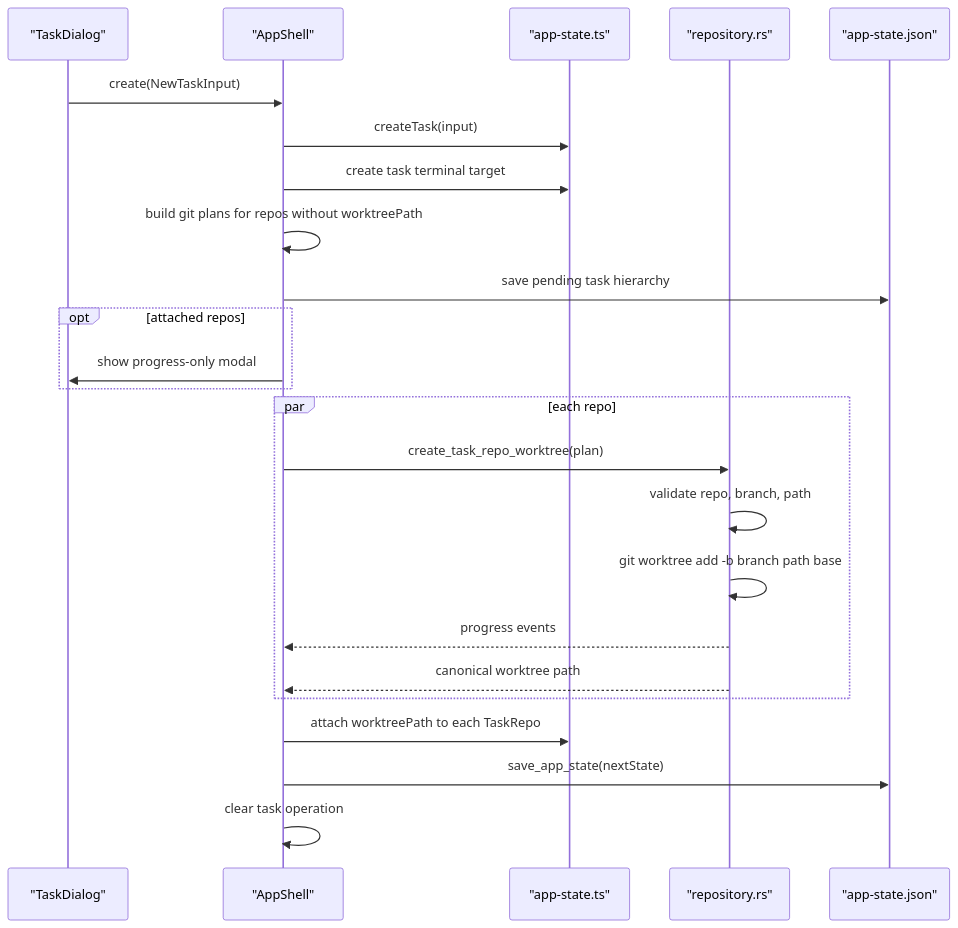
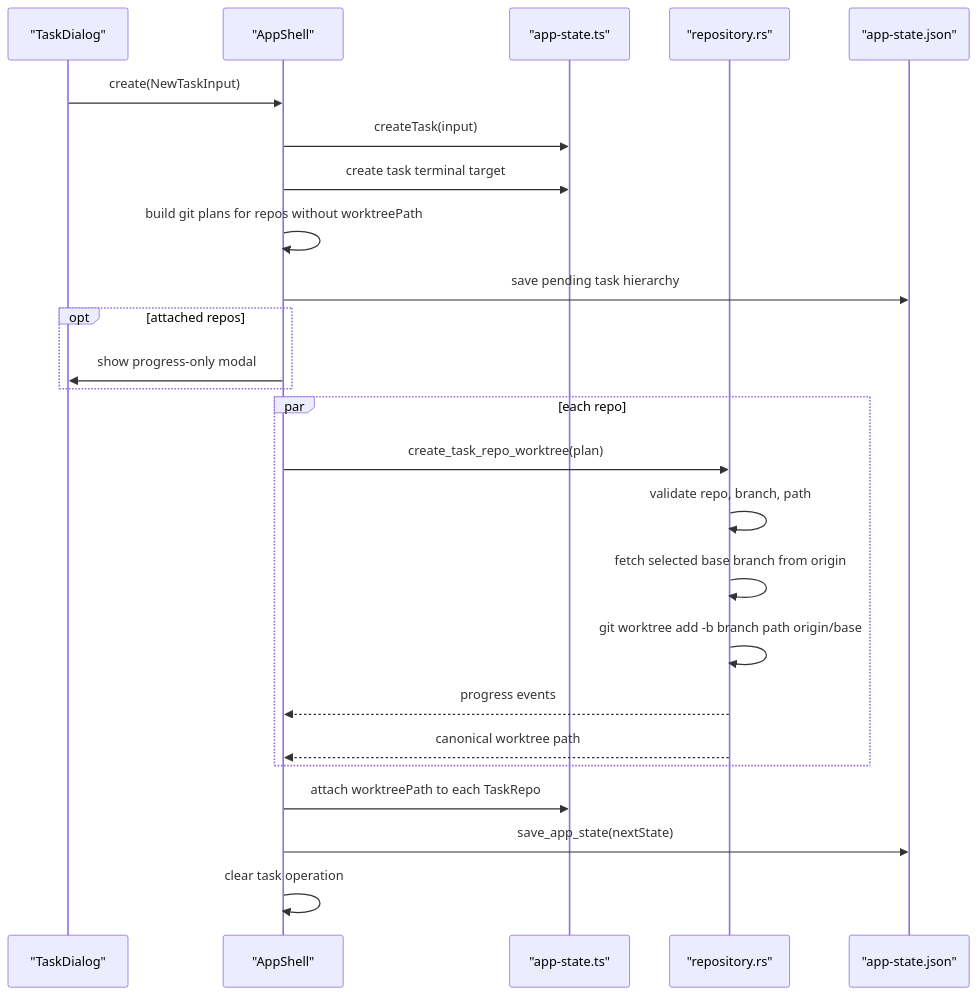
One commit to gh0stonio/pinata changed the ninth of 12 diagrams in docs/architecture.md. Above: the diagram before and after it, drawn with Mermaid. The commit also changed other lines of this file and 2 other files, not shown here.

Commit message:
Create worktrees from latest remote base

````diff
--- a/docs/architecture.md
+++ b/docs/architecture.md
@@ -604,27 +604,28 @@
 ```mermaid
 sequenceDiagram
     participant dialog as "TaskDialog"
     participant shell as "AppShell"
     participant state as "app-state.ts"
     participant rust as "repository.rs"
     participant file as "app-state.json"
 
     dialog->>shell: create(NewTaskInput)
     shell->>state: createTask(input)
     shell->>state: create task terminal target
     shell->>shell: build git plans for repos without worktreePath
     shell->>file: save pending task hierarchy
     opt attached repos
         shell->>dialog: show progress-only modal
     end
     par each repo
         shell->>rust: create_task_repo_worktree(plan)
         rust->>rust: validate repo, branch, path
-        rust->>rust: git worktree add -b branch path base
+        rust->>rust: fetch selected base branch from origin
+        rust->>rust: git worktree add -b branch path origin/base
         rust-->>shell: progress events
         rust-->>shell: canonical worktree path
     end
     shell->>state: attach worktreePath to each TaskRepo
     shell->>file: save_app_state(nextState)
     shell->>shell: clear task operation
 ```
````
